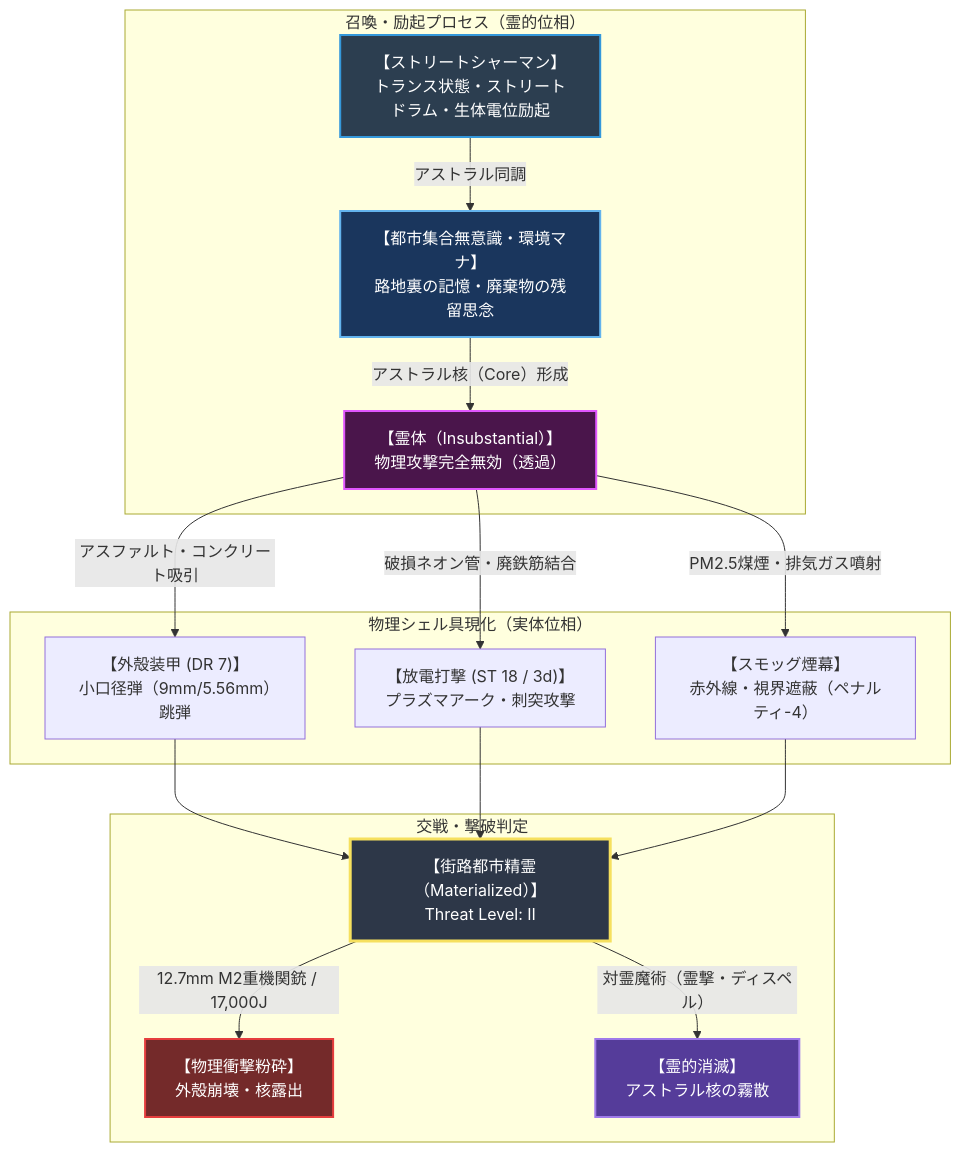
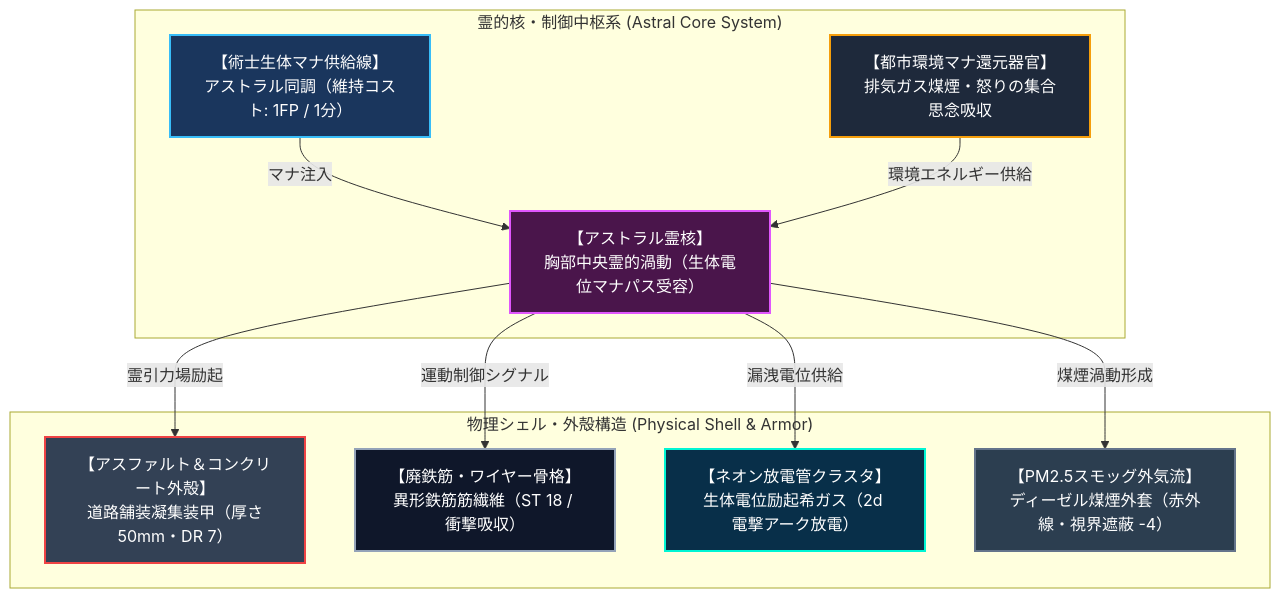
Before and after one commit to takenoriohno-cloud/world-building: the first of 3 diagrams in creatures/003_urban_street_spirit.md, drawn with Mermaid. The commit also changed other lines of this file and 6 other files, not shown here.

````diff
--- a/creatures/003_urban_street_spirit.md
+++ b/creatures/003_urban_street_spirit.md
@@ -58,26 +65,29 @@
 ```mermaid
-graph TD
-    subgraph "召喚・励起プロセス（霊的位相）"
-        S["【ストリートシャーマン】<br>トランス状態・ストリートドラム・生体電位励起"] -->|"アストラル同調"| C["【都市集合無意識・環境マナ】<br>路地裏の記憶・廃棄物の残留思念"]
-        C -->|"アストラル核（Core）形成"| A["【霊体（Insubstantial）】<br>物理攻撃完全無効（透過）"]
+flowchart TD
+    subgraph "霊的核・制御中枢系 (Astral Core System)"
+        A["【アストラル霊核】<br>胸部中央霊的渦動（生体電位マナパス受容）"]
+        B["【術士生体マナ供給線】<br>アストラル同調（維持コスト: 1FP / 1分）"]
+        C["【都市環境マナ還元器官】<br>排気ガス煤煙・怒りの集合思念吸収"]
+    end
+    subgraph "物理シェル・外殻構造 (Physical Shell & Armor)"
+        D["【アスファルト＆コンクリート外殻】<br>道路舗装凝集装甲（厚さ50mm・DR 7）"]
+        E["【廃鉄筋・ワイヤー骨格】<br>異形鉄筋筋繊維（ST 18 / 衝撃吸収）"]
+        F["【ネオン放電管クラスタ】<br>生体電位励起希ガス（2d 電撃アーク放電）"]
+        G["【PM2.5スモッグ外気流】<br>ディーゼル煤煙外套（赤外線・視界遮蔽 -4）"]
     end
 
-    subgraph "物理シェル具現化（実体位相）"
-        A -->|"アスファルト・コンクリート吸引"| M1["【外殻装甲 (DR 7)】<br>小口径弾（9mm/5.56mm）跳弾"]
-        A -->|"破損ネオン管・廃鉄筋結合"| M2["【放電打撃 (ST 18 / 3d)】<br>プラズマアーク・刺突攻撃"]
-        A -->|"PM2.5煤煙・排気ガス噴射"| M3["【スモッグ煙幕】<br>赤外線・視界遮蔽（ペナルティ-4）"]
-    end
+    B -->|"マナ注入"| A
+    C -->|"環境エネルギー供給"| A
+    A -->|"霊引力場励起"| D
+    A -->|"運動制御シグナル"| E
+    A -->|"漏洩電位供給"| F
+    A -->|"煤煙渦動形成"| G
 
-    subgraph "交戦・撃破判定"
-        M1 & M2 & M3 --> E["【街路都市精霊（Materialized）】<br>Threat Level: II"]
-        E -->|"12.7mm M2重機関銃 / 17,000J"| D1["【物理衝撃粉砕】<br>外殻崩壊・核露出"]
-        E -->|"対霊魔術（霊撃・ディスペル）"| D2["【霊的消滅】<br>アストラル核の霧散"]
-    end
-
-    style S fill:#2c3e50,stroke:#3498db,stroke-width:2px,color:#ffffff;
-    style C fill:#1a365d,stroke:#63b3ed,stroke-width:2px,color:#ffffff;
     style A fill:#4a154b,stroke:#e056fd,stroke-width:2px,color:#ffffff;
-    style E fill:#2d3748,stroke:#f6e05e,stroke-width:3px,color:#ffffff;
-    style D1 fill:#742a2a,stroke:#e53e3e,stroke-width:2px,color:#ffffff;
-    style D2 fill:#553c9a,stroke:#9f7aea,stroke-width:2px,color:#ffffff;
+    style B fill:#1a365d,stroke:#38bdf8,stroke-width:2px,color:#ffffff;
+    style C fill:#1e293b,stroke:#f59e0b,stroke-width:2px,color:#ffffff;
+    style D fill:#334155,stroke:#ef4444,stroke-width:2px,color:#ffffff;
+    style E fill:#0f172a,stroke:#94a3b8,stroke-width:2px,color:#ffffff;
+    style F fill:#082f49,stroke:#00f5d4,stroke-width:2px,color:#ffffff;
+    style G fill:#2c3e50,stroke:#64748b,stroke-width:2px,color:#ffffff;
 ```
````
